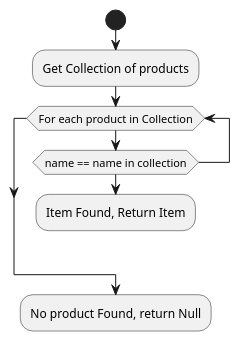
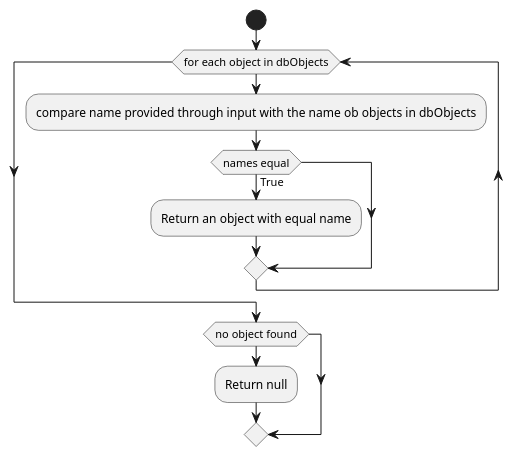
One commit to mplekunov/Assignment_3 changed the diagram in src/main/resources/ex44/ActivityDiagrams/findProduct.puml. Above: the diagram before and after it, drawn with PlantUML. The commit also changed 34 other files, not shown here.

```diff
--- a/src/main/resources/ex44/ActivityDiagrams/findProduct.puml
+++ b/src/main/resources/ex44/ActivityDiagrams/findProduct.puml
@@ -1,14 +1,15 @@
 @startuml
 'https://plantuml.com/activity-diagram-beta
 
 start
-    :Get Collection of products;
-    while(For each product in Collection)
-        if (name == name in collection)
-            :Item Found, Return Item;
-            kill
+    while (for each object in dbObjects)
+        :compare name provided through input with the name ob objects in dbObjects;
+        if (names equal) is (True) then
+            :Return an object with equal name;
         endif
     endwhile
 
-    :No product Found, return Null;
+   if (no object found) then
+        :Return null;
+
 @enduml
```
